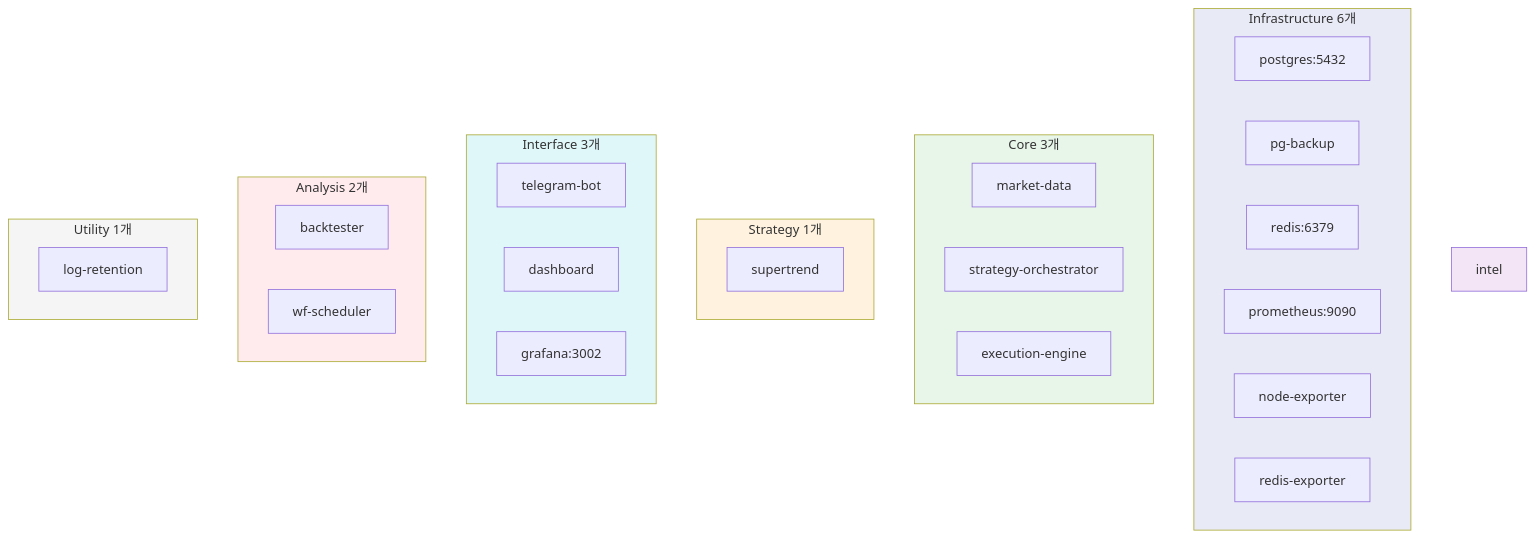
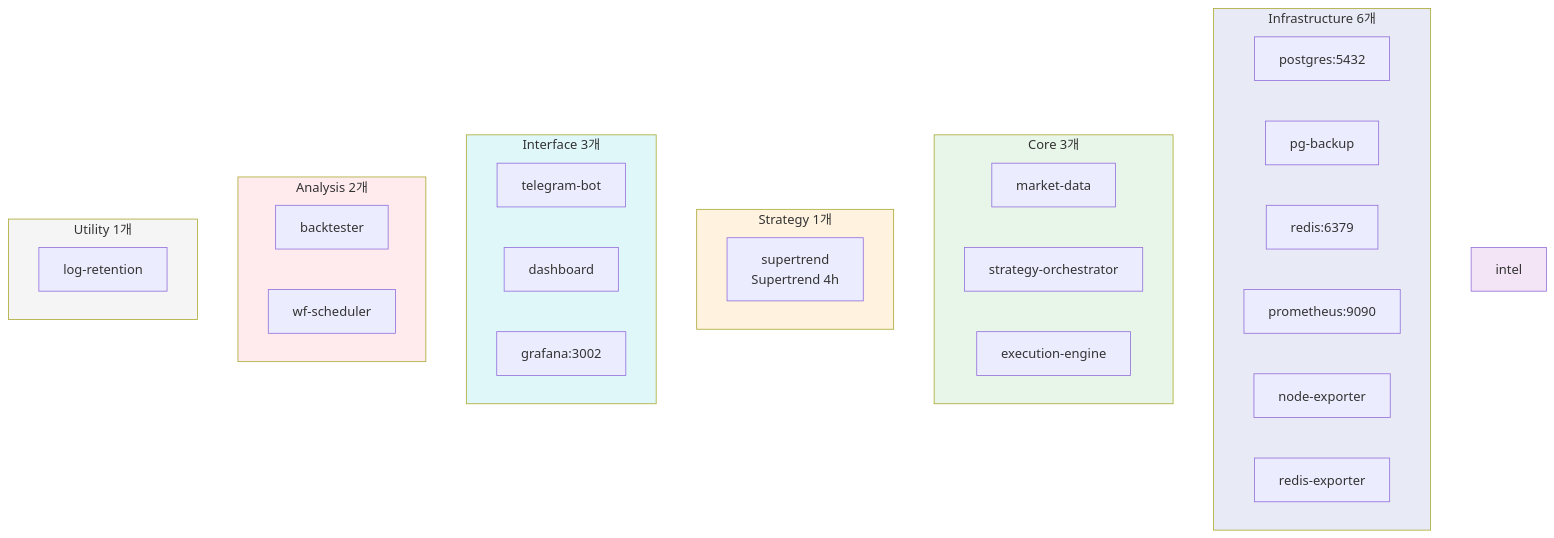
One commit to Justant-source/Bit-Mania changed the first of 4 diagrams in docs/architecture/deployment.md. Above: the diagram before and after it, drawn with Mermaid. The commit also changed other lines of this file and 34 other files, not shown here.

````diff
--- a/docs/architecture/deployment.md
+++ b/docs/architecture/deployment.md
@@ -28,44 +28,44 @@
 ```mermaid
 graph TB
     subgraph infra["Infrastructure 6개"]
         postgres["postgres:5432"]
         pgbak["pg-backup"]
         redis["redis:6379"]
         prom["prometheus:9090"]
         nexp["node-exporter"]
         rexp["redis-exporter"]
     end
     
     subgraph core["Core 3개"]
         md["market-data"]
         orch["strategy-orchestrator"]
         exec["execution-engine"]
     end
     
     subgraph strat["Strategy 1개"]
-        st["supertrend"]
+        st["supertrend<br>Supertrend 4h"]
     end
     
     subgraph iface["Interface 3개"]
         tg["telegram-bot"]
         dash["dashboard"]
         graf["grafana:3002"]
     end
     
     subgraph analysis["Analysis 2개"]
         bt["backtester"]
         wf["wf-scheduler"]
     end
     
     subgraph util["Utility 1개"]
         logret["log-retention"]
     end
     
     style infra fill:#E8EAF6
     style core fill:#E8F5E9
     style strat fill:#FFF3E0
     style intel fill:#F3E5F5
     style iface fill:#E0F7FA
     style analysis fill:#FFEBEE
     style util fill:#F5F5F5
 ```
````
